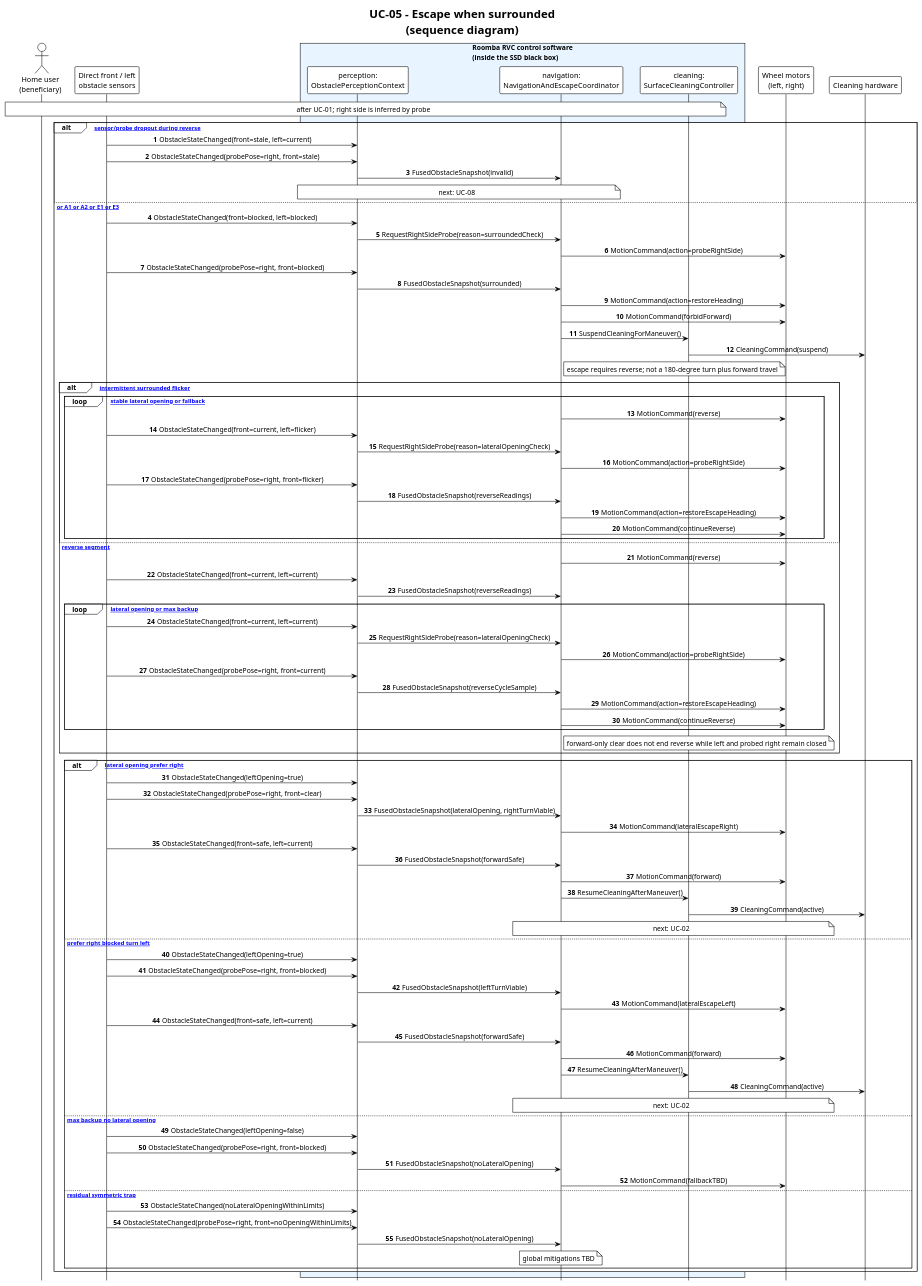
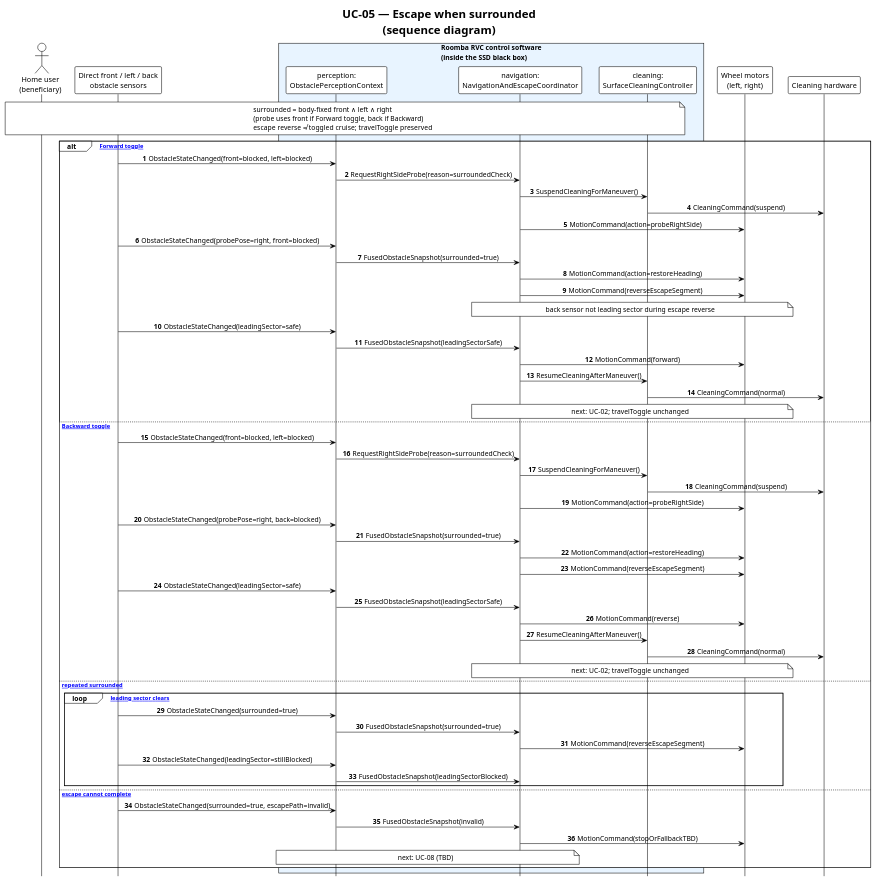
Before and after one commit to Deilise/OOAD-with-AI: the diagram in 2nd ooad/03_diagrams/sd/UC05_sequence.puml, drawn with PlantUML. The commit also changed 101 other files, not shown here.

First line of the commit message:
Align RVC stack to SRS/use-case v0.7.2 (travelToggle, back sensor, dust maneuver).

```diff
--- a/2nd ooad/03_diagrams/sd/UC05_sequence.puml
+++ b/2nd ooad/03_diagrams/sd/UC05_sequence.puml
@@ -1,102 +1,71 @@
 @startuml UC05_sequence
 !theme plain
 hide footbox
 skinparam sequenceMessageAlign center
 skinparam responseMessageBelowArrow true
 skinparam BoxPadding 10
 autonumber
 
-title UC-05 - Escape when surrounded\n(sequence diagram)
+title UC-05 — Escape when surrounded\n(sequence diagram)
 
 actor "Home user\n(beneficiary)" as User
-participant "Direct front / left\nobstacle sensors" as Obs
+participant "Direct front / left / back\nobstacle sensors" as Obs
 box "Roomba RVC control software\n(inside the SSD black box)" #E8F4FF
   participant "perception:\nObstaclePerceptionContext" as Perception
   participant "navigation:\nNavigationAndEscapeCoordinator" as Nav
   participant "cleaning:\nSurfaceCleaningController" as Clean
 end box
 participant "Wheel motors\n(left, right)" as Motors
 participant "Cleaning hardware" as CleanHW
 
-note over User, Clean : after UC-01; right side is inferred by probe
+note over User, Clean : surrounded = body-fixed front ∧ left ∧ right\n(probe uses front if Forward toggle, back if Backward)\nescape reverse ≠ toggled cruise; travelToggle preserved
 
-alt [E2 sensor/probe dropout during reverse]
-  Obs -> Perception : ObstacleStateChanged(front=stale, left=current)
-  Obs -> Perception : ObstacleStateChanged(probePose=right, front=stale)
-  Perception -> Nav : FusedObstacleSnapshot(invalid)
-  note over Perception, Nav : next: UC-08
-else [typical or A1 or A2 or E1 or E3]
+alt [typical Forward toggle]
   Obs -> Perception : ObstacleStateChanged(front=blocked, left=blocked)
   Perception -> Nav : RequestRightSideProbe(reason=surroundedCheck)
+  Nav -> Clean : SuspendCleaningForManeuver()
+  Clean -> CleanHW : CleaningCommand(suspend)
   Nav -> Motors : MotionCommand(action=probeRightSide)
   Obs -> Perception : ObstacleStateChanged(probePose=right, front=blocked)
-  Perception -> Nav : FusedObstacleSnapshot(surrounded)
+  Perception -> Nav : FusedObstacleSnapshot(surrounded=true)
   Nav -> Motors : MotionCommand(action=restoreHeading)
-  Nav -> Motors : MotionCommand(forbidForward)
+  Nav -> Motors : MotionCommand(reverseEscapeSegment)
+  note over Nav, Motors : back sensor not leading sector during escape reverse
+  Obs -> Perception : ObstacleStateChanged(leadingSector=safe)
+  Perception -> Nav : FusedObstacleSnapshot(leadingSectorSafe)
+  Nav -> Motors : MotionCommand(forward)
+  Nav -> Clean : ResumeCleaningAfterManeuver()
+  Clean -> CleanHW : CleaningCommand(normal)
+  note over Nav, Motors : next: UC-02; travelToggle unchanged
+else [typical Backward toggle]
+  Obs -> Perception : ObstacleStateChanged(front=blocked, left=blocked)
+  Perception -> Nav : RequestRightSideProbe(reason=surroundedCheck)
   Nav -> Clean : SuspendCleaningForManeuver()
   Clean -> CleanHW : CleaningCommand(suspend)
-  note right of Nav : escape requires reverse; not a 180-degree turn plus forward travel
-
-  alt [A2 intermittent surrounded flicker]
-    loop [until stable lateral opening or fallback]
-      Nav -> Motors : MotionCommand(reverse)
-      Obs -> Perception : ObstacleStateChanged(front=current, left=flicker)
-      Perception -> Nav : RequestRightSideProbe(reason=lateralOpeningCheck)
-      Nav -> Motors : MotionCommand(action=probeRightSide)
-      Obs -> Perception : ObstacleStateChanged(probePose=right, front=flicker)
-      Perception -> Nav : FusedObstacleSnapshot(reverseReadings)
-      Nav -> Motors : MotionCommand(action=restoreEscapeHeading)
-      Nav -> Motors : MotionCommand(continueReverse)
-    end
-  else [typical reverse segment]
-    Nav -> Motors : MotionCommand(reverse)
-    Obs -> Perception : ObstacleStateChanged(front=current, left=current)
-    Perception -> Nav : FusedObstacleSnapshot(reverseReadings)
-    loop [until lateral opening or max backup]
-      Obs -> Perception : ObstacleStateChanged(front=current, left=current)
-      Perception -> Nav : RequestRightSideProbe(reason=lateralOpeningCheck)
-      Nav -> Motors : MotionCommand(action=probeRightSide)
-      Obs -> Perception : ObstacleStateChanged(probePose=right, front=current)
-      Perception -> Nav : FusedObstacleSnapshot(reverseCycleSample)
-      Nav -> Motors : MotionCommand(action=restoreEscapeHeading)
-      Nav -> Motors : MotionCommand(continueReverse)
-    end
-    note right of Nav : forward-only clear does not end reverse while left and probed right remain closed
+  Nav -> Motors : MotionCommand(action=probeRightSide)
+  Obs -> Perception : ObstacleStateChanged(probePose=right, back=blocked)
+  Perception -> Nav : FusedObstacleSnapshot(surrounded=true)
+  Nav -> Motors : MotionCommand(action=restoreHeading)
+  Nav -> Motors : MotionCommand(reverseEscapeSegment)
+  Obs -> Perception : ObstacleStateChanged(leadingSector=safe)
+  Perception -> Nav : FusedObstacleSnapshot(leadingSectorSafe)
+  Nav -> Motors : MotionCommand(reverse)
+  Nav -> Clean : ResumeCleaningAfterManeuver()
+  Clean -> CleanHW : CleaningCommand(normal)
+  note over Nav, Motors : next: UC-02; travelToggle unchanged
+else [A1 repeated surrounded]
+  loop [until leading sector clears]
+    Obs -> Perception : ObstacleStateChanged(surrounded=true)
+    Perception -> Nav : FusedObstacleSnapshot(surrounded=true)
+    Nav -> Motors : MotionCommand(reverseEscapeSegment)
+    Obs -> Perception : ObstacleStateChanged(leadingSector=stillBlocked)
+    Perception -> Nav : FusedObstacleSnapshot(leadingSectorBlocked)
   end
-
-  alt [typical lateral opening prefer right]
-    Obs -> Perception : ObstacleStateChanged(leftOpening=true)
-    Obs -> Perception : ObstacleStateChanged(probePose=right, front=clear)
-    Perception -> Nav : FusedObstacleSnapshot(lateralOpening, rightTurnViable)
-    Nav -> Motors : MotionCommand(lateralEscapeRight)
-    Obs -> Perception : ObstacleStateChanged(front=safe, left=current)
-    Perception -> Nav : FusedObstacleSnapshot(forwardSafe)
-    Nav -> Motors : MotionCommand(forward)
-    Nav -> Clean : ResumeCleaningAfterManeuver()
-    Clean -> CleanHW : CleaningCommand(active)
-    note over Nav, Motors : next: UC-02
-  else [A1 prefer right blocked turn left]
-    Obs -> Perception : ObstacleStateChanged(leftOpening=true)
-    Obs -> Perception : ObstacleStateChanged(probePose=right, front=blocked)
-    Perception -> Nav : FusedObstacleSnapshot(leftTurnViable)
-    Nav -> Motors : MotionCommand(lateralEscapeLeft)
-    Obs -> Perception : ObstacleStateChanged(front=safe, left=current)
-    Perception -> Nav : FusedObstacleSnapshot(forwardSafe)
-    Nav -> Motors : MotionCommand(forward)
-    Nav -> Clean : ResumeCleaningAfterManeuver()
-    Clean -> CleanHW : CleaningCommand(active)
-    note over Nav, Motors : next: UC-02
-  else [E1 max backup no lateral opening]
-    Obs -> Perception : ObstacleStateChanged(leftOpening=false)
-    Obs -> Perception : ObstacleStateChanged(probePose=right, front=blocked)
-    Perception -> Nav : FusedObstacleSnapshot(noLateralOpening)
-    Nav -> Motors : MotionCommand(fallbackTBD)
-  else [E3 residual symmetric trap]
-    Obs -> Perception : ObstacleStateChanged(noLateralOpeningWithinLimits)
-    Obs -> Perception : ObstacleStateChanged(probePose=right, front=noOpeningWithinLimits)
-    Perception -> Nav : FusedObstacleSnapshot(noLateralOpening)
-    note over Nav : global mitigations TBD
-  end
+else [E1 escape cannot complete]
+  Obs -> Perception : ObstacleStateChanged(surrounded=true, escapePath=invalid)
+  Perception -> Nav : FusedObstacleSnapshot(invalid)
+  Nav -> Motors : MotionCommand(stopOrFallbackTBD)
+  note over Perception, Nav : next: UC-08 (TBD)
 end
 
 @enduml
```
